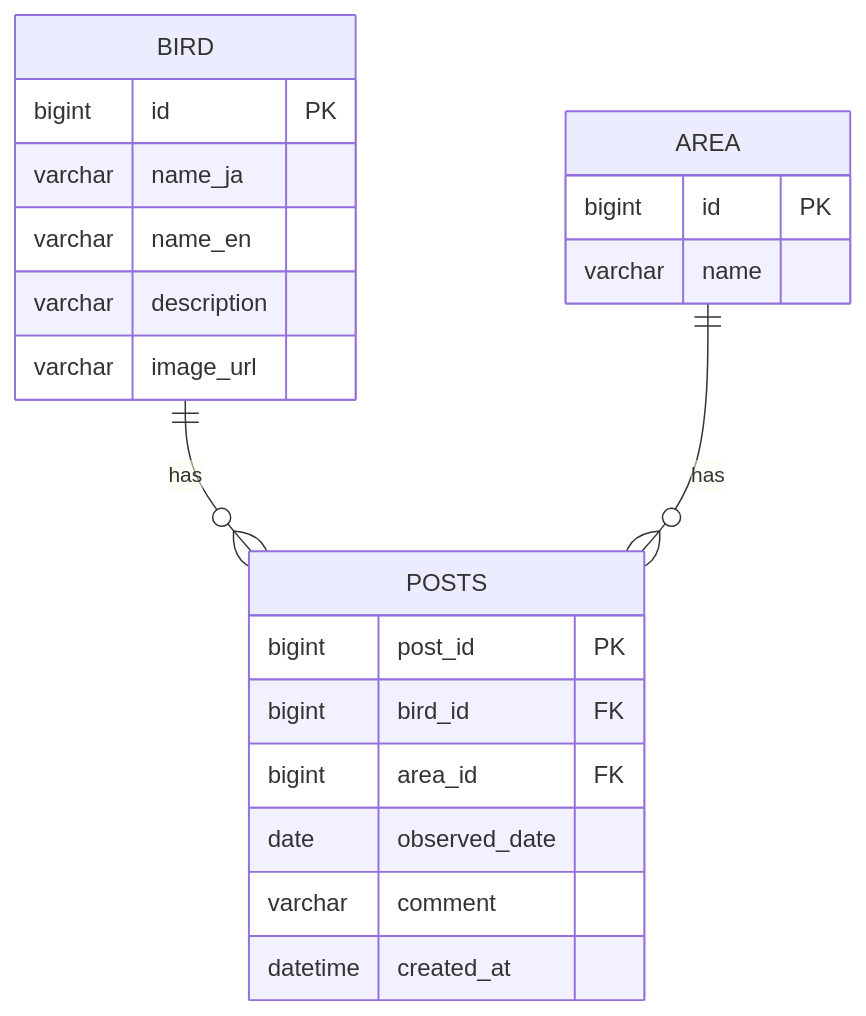
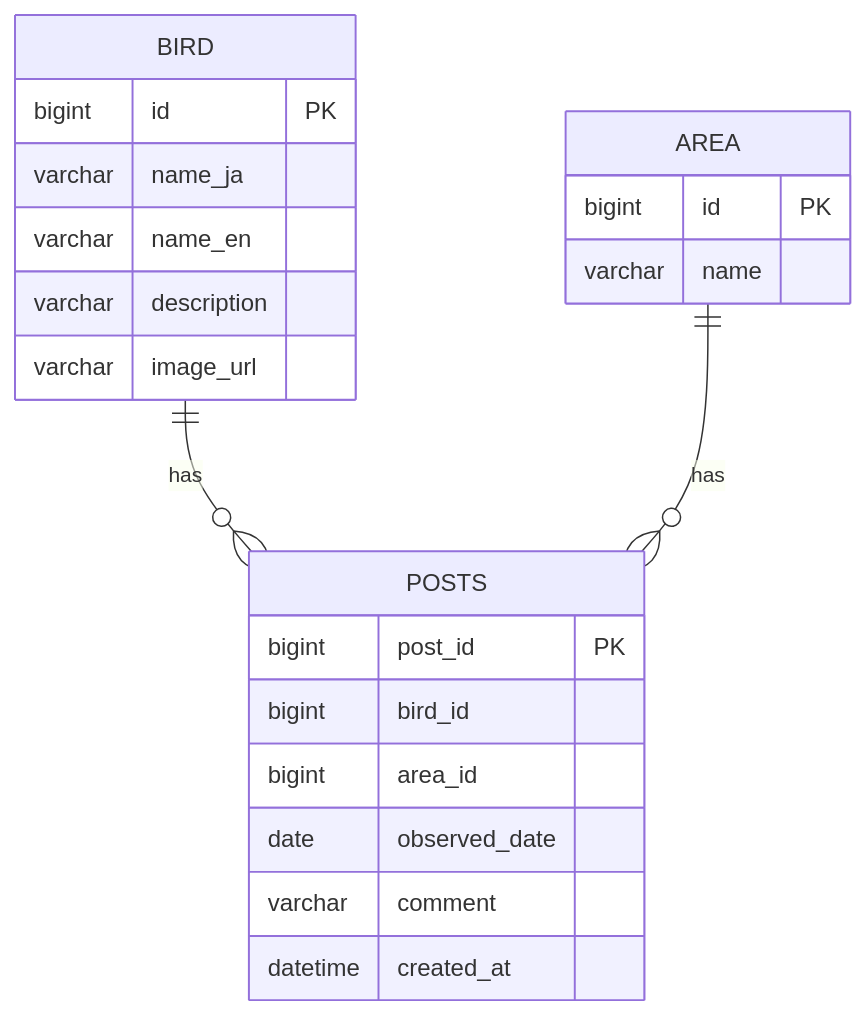
One commit to shohei-fujiya/birdwatching-app changed the diagram in README.md. Above: the diagram before and after it, drawn with Mermaid.

Commit message:
ER図のbird_id・area_idのFK表記を削除

````diff
--- a/README.md
+++ b/README.md
@@ -134,27 +134,27 @@
 ```mermaid
 erDiagram
     BIRD ||--o{ POSTS : has
     AREA ||--o{ POSTS : has
 
     BIRD {
         bigint id PK
         varchar name_ja
         varchar name_en
         varchar description
         varchar image_url
     }
 
     AREA {
         bigint id PK
         varchar name
     }
 
     POSTS {
         bigint post_id PK
-        bigint bird_id FK
-        bigint area_id FK
+        bigint bird_id 
+        bigint area_id 
         date observed_date
         varchar comment
         datetime created_at
     }
 ```
````
